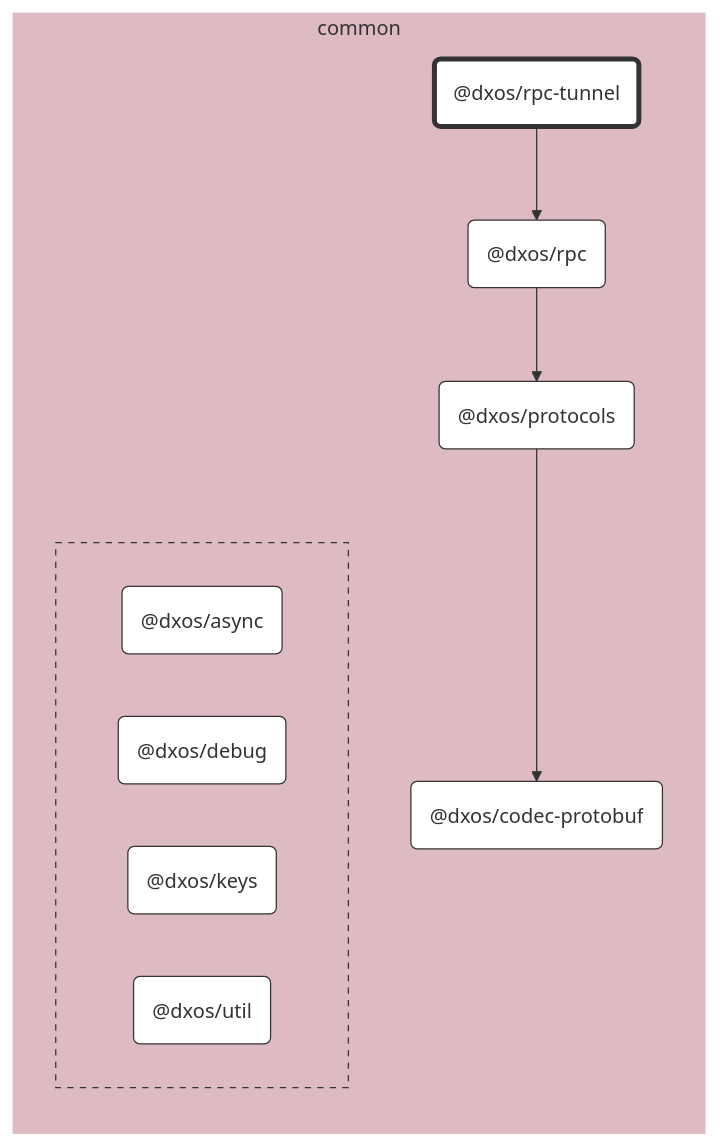
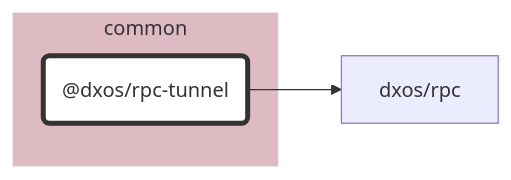
Before and after one commit to dxos/dxos: the diagram in packages/common/rpc-tunnel/docs/README.md, drawn with Mermaid. The commit also changed 87 other files, not shown here.

````diff
--- a/packages/common/rpc-tunnel/docs/README.md
+++ b/packages/common/rpc-tunnel/docs/README.md
@@ -7,54 +7,21 @@
 ```mermaid
 %%{ init: {'flowchart':{'curve':'basis'}} }%%
 
 flowchart LR
 
-%% Links
-dxos/protocols --> dxos/codec-protobuf;
-dxos/rpc --> dxos/protocols;
-dxos/rpc-tunnel --> dxos/rpc;
+%% Classes
+classDef def fill:#fff,stroke:#333,stroke-width:1px
+classDef root fill:#fff,stroke:#333,stroke-width:4px
 
-%% Sections
-subgraph common
-  style common fill:#debac2,stroke:#fff;
+%% Nodes
 
-  dxos/codec-protobuf("@dxos/codec-protobuf")
-  dxos/protocols("@dxos/protocols")
-  dxos/rpc("@dxos/rpc")
-  dxos/rpc-tunnel("@dxos/rpc-tunnel")
-
-  subgraph common-excluded [ ]
-    style common-excluded fill:#debac2,stroke:#333,stroke-dasharray:5 5;
-
-    dxos/async("@dxos/async")
-    dxos/debug("@dxos/debug")
-    dxos/keys("@dxos/keys")
-    dxos/util("@dxos/util")
-  end
+subgraph common [common]
+  style common fill:#debac2,stroke:#fff
+  dxos/rpc-tunnel("@dxos/rpc-tunnel"):::root
+  click dxos/rpc-tunnel "dxos/dxos/tree/main/packages/common/rpc-tunnel/docs"
 end
 
-
-%% Hyperlinks
-click dxos/async "dxos/dxos/tree/main/packages/common/async/docs";
-click dxos/codec-protobuf "dxos/dxos/tree/main/packages/common/codec-protobuf/docs";
-click dxos/debug "dxos/dxos/tree/main/packages/common/debug/docs";
-click dxos/keys "dxos/dxos/tree/main/packages/common/keys/docs";
-click dxos/protocols "dxos/dxos/tree/main/packages/common/protocols/docs";
-click dxos/rpc "dxos/dxos/tree/main/packages/common/rpc/docs";
-click dxos/util "dxos/dxos/tree/main/packages/common/util/docs";
-
-%% Styles
-classDef rootNode fill:#fff,stroke:#333,stroke-width:4px
-classDef defaultNode fill:#fff,stroke:#333,stroke-width:1px
+%% Links
 linkStyle default stroke:#333,stroke-width:1px
-
-dxos/rpc-tunnel:::rootNode
-
-dxos/async:::defaultNode
-dxos/codec-protobuf:::defaultNode
-dxos/debug:::defaultNode
-dxos/keys:::defaultNode
-dxos/protocols:::defaultNode
-dxos/rpc:::defaultNode
-dxos/util:::defaultNode
+dxos/rpc-tunnel --> dxos/rpc
 ```
````
